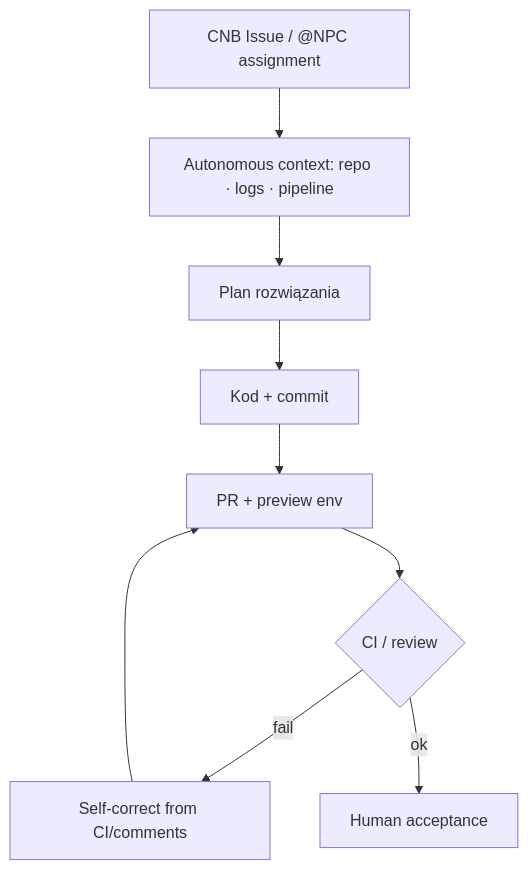
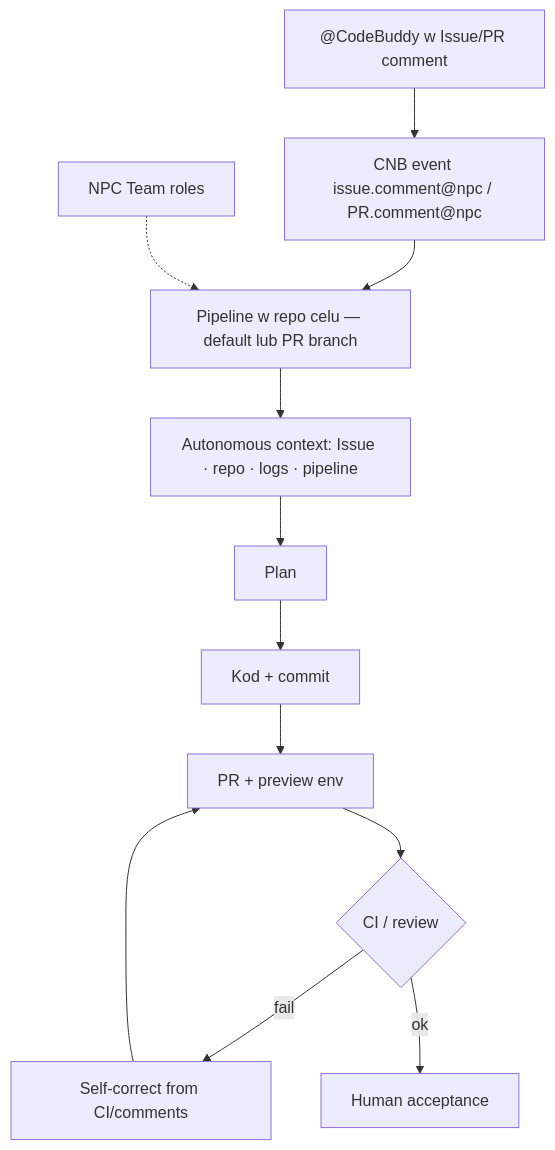
One commit to mikolaj92/lokay changed the diagram in docs/dark-factory-kb/instances/codebuddy-npc/README.md. Above: the diagram before and after it, drawn with Mermaid. The commit also changed other lines of this file and 38 other files, not shown here.

````diff
--- a/docs/dark-factory-kb/instances/codebuddy-npc/README.md
+++ b/docs/dark-factory-kb/instances/codebuddy-npc/README.md
@@ -13,11 +13,14 @@
 ```mermaid
 flowchart TD
-  Iss[CNB Issue / @NPC assignment] --> Ctx[Autonomous context: repo · logs · pipeline]
-  Ctx --> Plan[Plan rozwiązania]
+  Ment["@CodeBuddy w Issue/PR comment"] --> Ev[CNB event issue.comment@npc / PR.comment@npc]
+  Ev --> Pipe[Pipeline w repo celu — default lub PR branch]
+  Pipe --> Ctx[Autonomous context: Issue · repo · logs · pipeline]
+  Ctx --> Plan[Plan]
   Plan --> Code[Kod + commit]
   Code --> PR[PR + preview env]
   PR --> CI{CI / review}
   CI -->|fail| Fix[Self-correct from CI/comments]
   Fix --> PR
   CI -->|ok| Acc[Human acceptance]
+  Team[NPC Team roles] -.-> Pipe
 ```
````
